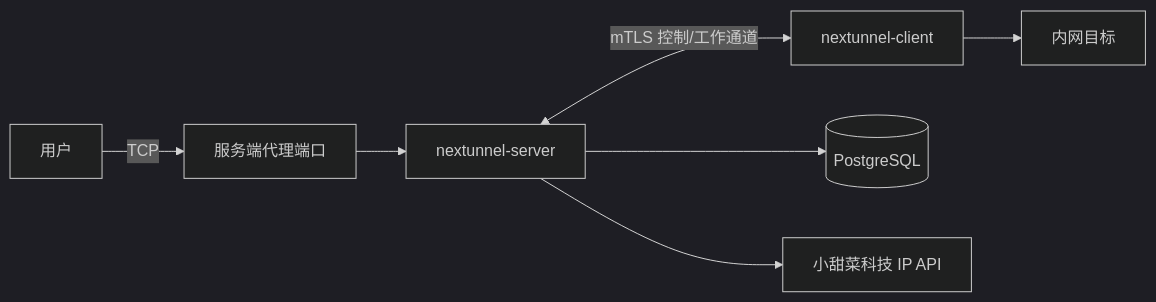
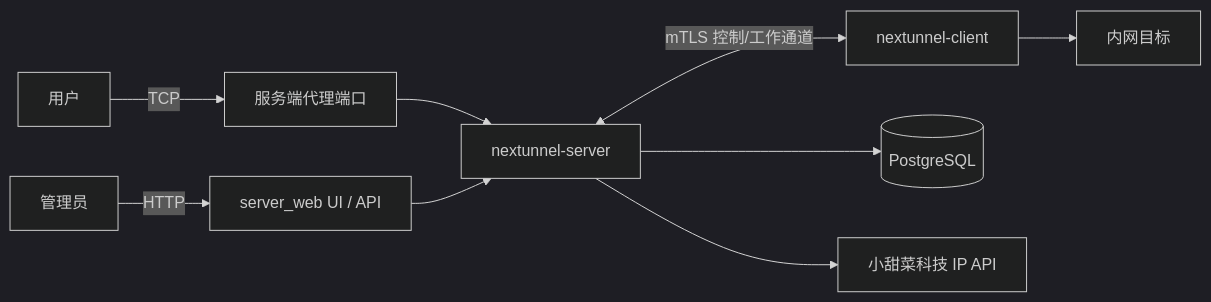
The diagram in docs/zh/server.md (xiaotiancaipro/nextunnel), drawn with Mermaid (dark theme) before and after one commit. The commit also changed other lines of this file and 6 other files, not shown here.

````diff
--- a/docs/zh/server.md
+++ b/docs/zh/server.md
@@ -13,9 +14,11 @@
 ```mermaid
 flowchart LR
     User[用户] -->|TCP| Proxy[服务端代理端口]
     Proxy --> Server[nextunnel-server]
     Server <-->|mTLS 控制/工作通道| Client[nextunnel-client]
     Client --> Target[内网目标]
     Server --> PG[(PostgreSQL)]
     Server --> IPLoc[小甜菜科技 IP API]
+    Admin[管理员] -->|HTTP| Web[server_web UI / API]
+    Web --> Server
 ```
````
